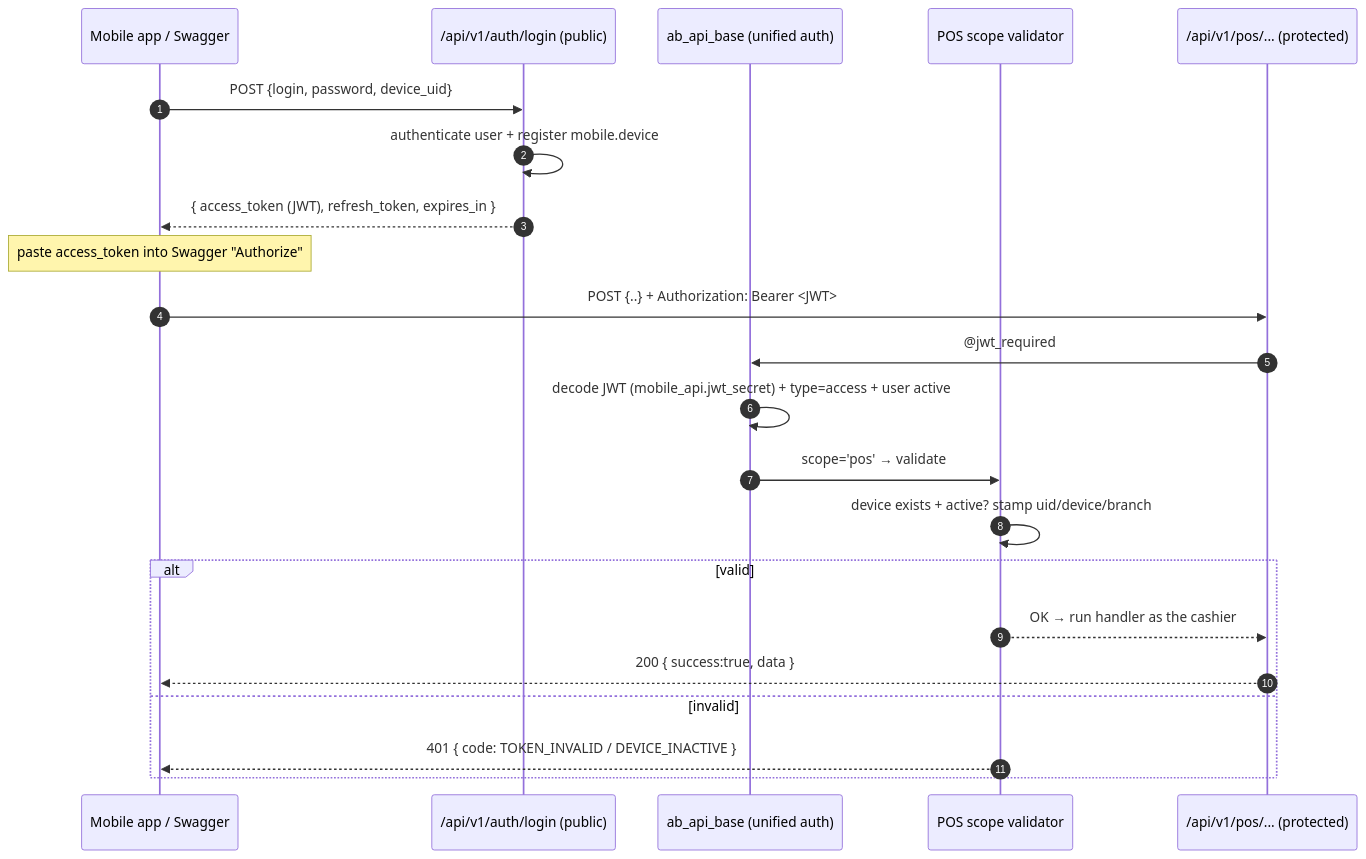
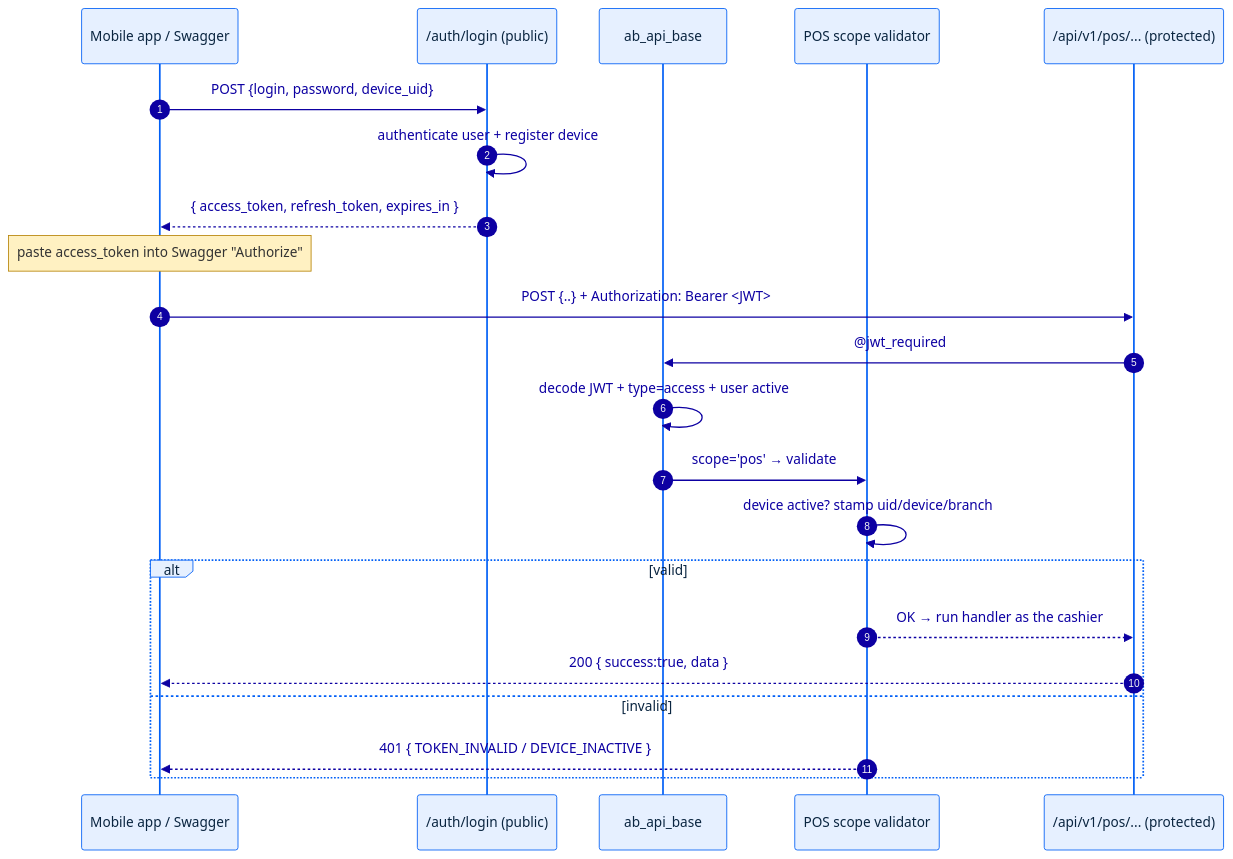
Before and after one commit to clouderps/saas-share: the second of 3 diagrams in ab_api_base/docs/API_ARCHITECTURE.md, drawn with Mermaid. The commit also changed other lines of this file, not shown here.

First line of the commit message:
docs(api): high-contrast colors + legend on the architecture diagrams

````diff
--- a/ab_api_base/docs/API_ARCHITECTURE.md
+++ b/ab_api_base/docs/API_ARCHITECTURE.md
@@ -72,26 +92,30 @@
 ```mermaid
+%%{init: {'theme':'base','themeVariables':{
+  'primaryColor':'#E6F0FF','primaryBorderColor':'#005FF6','primaryTextColor':'#0A2540',
+  'actorBkg':'#E6F0FF','actorBorder':'#005FF6','actorTextColor':'#0A2540',
+  'signalColor':'#0D00A2','signalTextColor':'#0D00A2','noteBkgColor':'#FFF1C2','noteBorderColor':'#B8860B'
+}}}%%
 sequenceDiagram
     autonumber
     participant App as Mobile app / Swagger
-    participant Auth as /api/v1/auth/login (public)
-    participant Base as ab_api_base (unified auth)
+    participant Auth as /auth/login (public)
+    participant Base as ab_api_base
     participant Val as POS scope validator
     participant API as /api/v1/pos/... (protected)
 
     App->>Auth: POST {login, password, device_uid}
-    Auth->>Auth: authenticate user + register mobile.device
-    Auth-->>App: { access_token (JWT), refresh_token, expires_in }
+    Auth->>Auth: authenticate user + register device
+    Auth-->>App: { access_token, refresh_token, expires_in }
     Note over App: paste access_token into Swagger "Authorize"
-
     App->>API: POST {..} + Authorization: Bearer <JWT>
     API->>Base: @jwt_required
-    Base->>Base: decode JWT (mobile_api.jwt_secret) + type=access + user active
+    Base->>Base: decode JWT + type=access + user active
     Base->>Val: scope='pos' → validate
-    Val->>Val: device exists + active? stamp uid/device/branch
+    Val->>Val: device active? stamp uid/device/branch
     alt valid
         Val-->>API: OK → run handler as the cashier
         API-->>App: 200 { success:true, data }
     else invalid
-        Val-->>App: 401 { code: TOKEN_INVALID / DEVICE_INACTIVE }
+        Val-->>App: 401 { TOKEN_INVALID / DEVICE_INACTIVE }
     end
 ```
````
